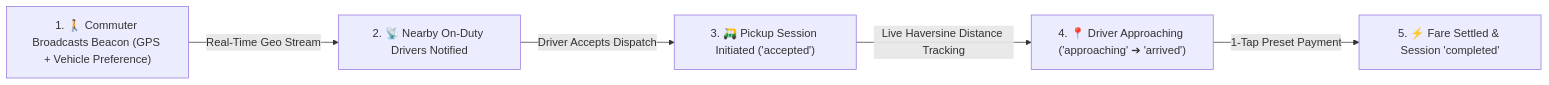
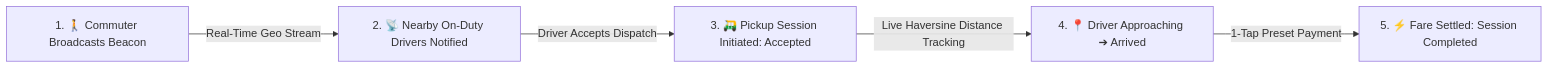
Before and after one commit to zneright/mobilis: the fourth of 5 diagrams in README.md, drawn with Mermaid. The commit also changed other lines of this file and 1 other file, not shown here.

````diff
--- a/README.md
+++ b/README.md
@@ -148,7 +148,7 @@
 ```mermaid
 flowchart LR
-    B1["1. 🚶 Commuter Broadcasts Beacon (GPS + Vehicle Preference)"] -->|Real-Time Geo Stream| B2["2. 📡 Nearby On-Duty Drivers Notified"]
-    B2 -->|Driver Accepts Dispatch| B3["3. 🛺 Pickup Session Initiated ('accepted')"]
-    B3 -->|Live Haversine Distance Tracking| B4["4. 📍 Driver Approaching ('approaching' ➔ 'arrived')"]
-    B4 -->|1-Tap Preset Payment| B5["5. ⚡ Fare Settled & Session 'completed'"]
+    B1["1. 🚶 Commuter Broadcasts Beacon"] -->|Real-Time Geo Stream| B2["2. 📡 Nearby On-Duty Drivers Notified"]
+    B2 -->|Driver Accepts Dispatch| B3["3. 🛺 Pickup Session Initiated: Accepted"]
+    B3 -->|Live Haversine Distance Tracking| B4["4. 📍 Driver Approaching ➔ Arrived"]
+    B4 -->|1-Tap Preset Payment| B5["5. ⚡ Fare Settled: Session Completed"]
 ```
````
